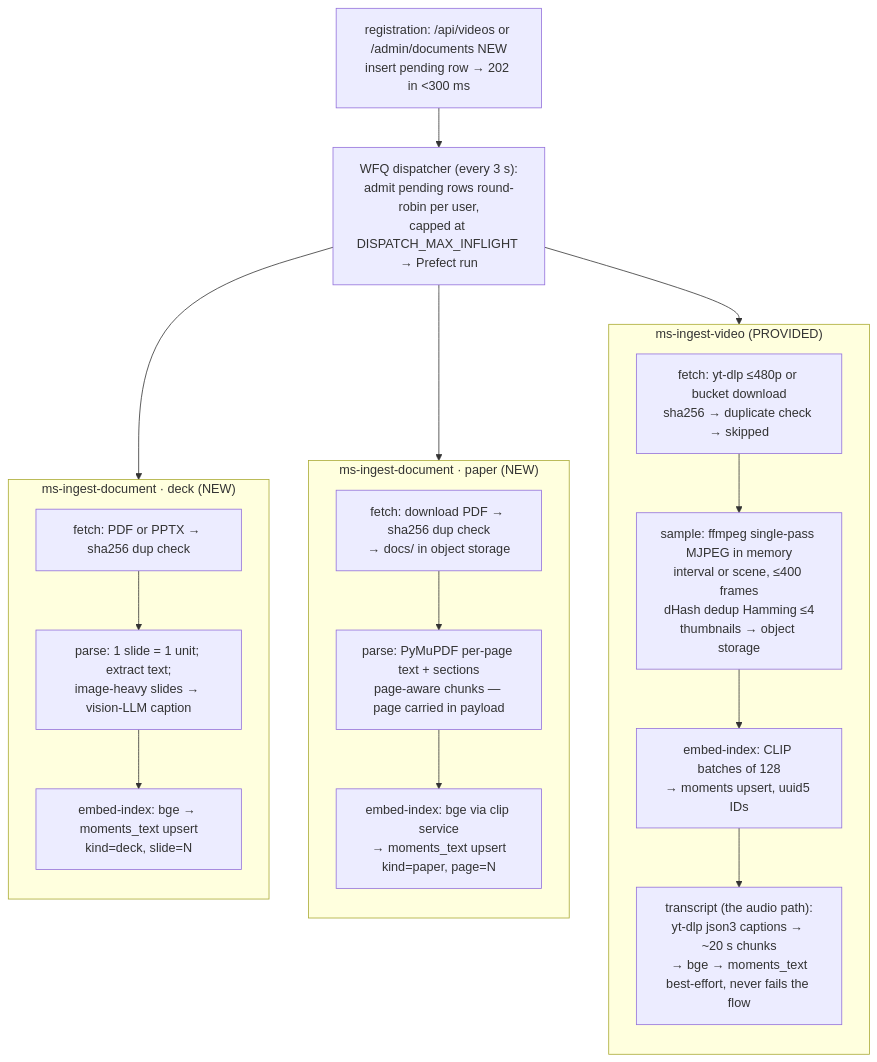
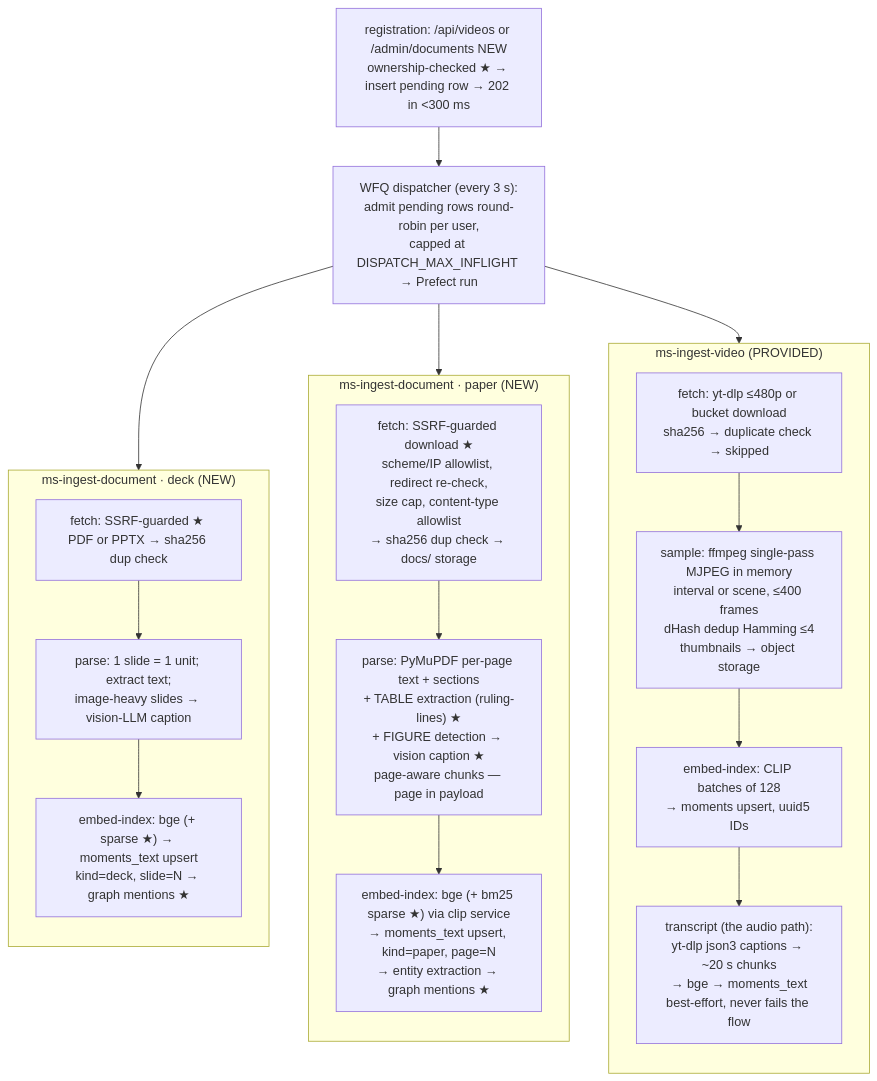
The fifth of 8 diagrams in ARCHITECTURE.md (Bhardwaj-Saurabh/ScholarMomentSearch), drawn with Mermaid before and after one commit. The commit also changed other lines of this file, not shown here.

Commit message:
Revise ARCHITECTURE.md for everything shipped through component 51

````diff
--- a/ARCHITECTURE.md
+++ b/ARCHITECTURE.md
@@ -237,35 +392,35 @@
 ```mermaid
 flowchart TB
-  REG["registration: /api/videos or /admin/documents NEW<br/>insert pending row → 202 in &lt;300 ms"] --> DISP
+  REG["registration: /api/videos or /admin/documents NEW<br/>ownership-checked ★ → insert pending row → 202 in &lt;300 ms"] --> DISP
 
   DISP["WFQ dispatcher (every 3 s):<br/>admit pending rows round-robin per user,<br/>capped at DISPATCH_MAX_INFLIGHT → Prefect run"]
 
   subgraph VF ["ms-ingest-video (PROVIDED)"]
     direction TB
     V1["fetch: yt-dlp ≤480p or bucket download<br/>sha256 → duplicate check → skipped"]
     V2["sample: ffmpeg single-pass MJPEG in memory<br/>interval or scene, ≤400 frames<br/>dHash dedup Hamming ≤4<br/>thumbnails → object storage"]
     V3["embed-index: CLIP batches of 128<br/>→ moments upsert, uuid5 IDs"]
     V4["transcript (the audio path):<br/>yt-dlp json3 captions → ~20 s chunks<br/>→ bge → moments_text<br/>best-effort, never fails the flow"]
     V1 --> V2 --> V3 --> V4
   end
 
   subgraph PF ["ms-ingest-document · paper (NEW)"]
     direction TB
-    P1["fetch: download PDF → sha256 dup check<br/>→ docs/ in object storage"]
-    P2["parse: PyMuPDF per-page text + sections<br/>page-aware chunks — page carried in payload"]
-    P3["embed-index: bge via clip service<br/>→ moments_text upsert<br/>kind=paper, page=N"]
-    P1 --> P2 --> P3
+    P0["fetch: SSRF-guarded download ★<br/>scheme/IP allowlist, redirect re-check,<br/>size cap, content-type allowlist<br/>→ sha256 dup check → docs/ storage"]
+    P1["parse: PyMuPDF per-page text + sections<br/>+ TABLE extraction (ruling-lines) ★<br/>+ FIGURE detection → vision caption ★<br/>page-aware chunks — page in payload"]
+    P2["embed-index: bge (+ bm25 sparse ★) via clip service<br/>→ moments_text upsert, kind=paper, page=N<br/>→ entity extraction → graph mentions ★"]
+    P0 --> P1 --> P2
   end
 
   subgraph DF ["ms-ingest-document · deck (NEW)"]
     direction TB
-    D1["fetch: PDF or PPTX → sha256 dup check"]
-    D2["parse: 1 slide = 1 unit; extract text;<br/>image-heavy slides → vision-LLM caption"]
-    D3["embed-index: bge → moments_text upsert<br/>kind=deck, slide=N"]
-    D1 --> D2 --> D3
+    D0["fetch: SSRF-guarded ★ PDF or PPTX → sha256 dup check"]
+    D1["parse: 1 slide = 1 unit; extract text;<br/>image-heavy slides → vision-LLM caption"]
+    D2["embed-index: bge (+ sparse ★) → moments_text upsert<br/>kind=deck, slide=N → graph mentions ★"]
+    D0 --> D1 --> D2
   end
 
   DISP --> V1
-  DISP --> P1
-  DISP --> D1
+  DISP --> P0
+  DISP --> D0
 ```
````
